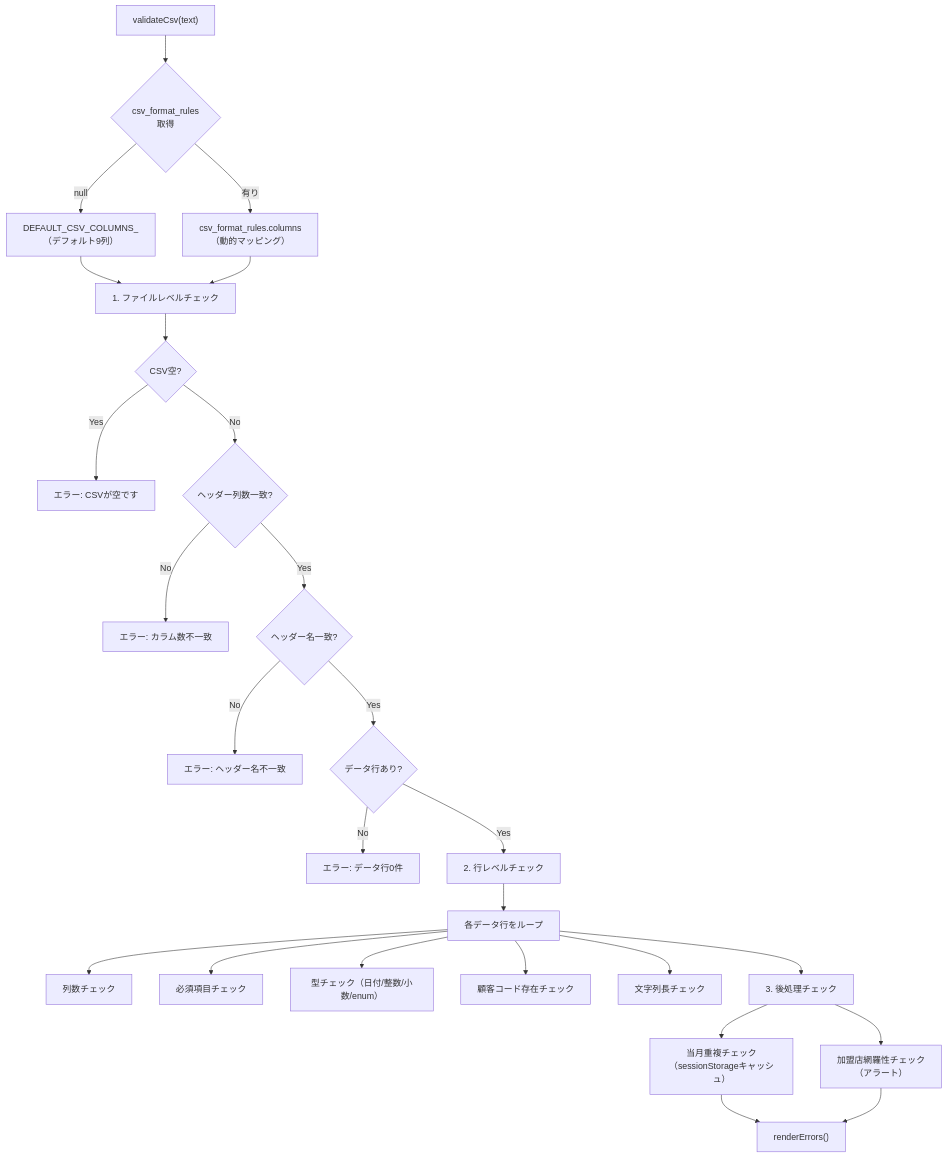
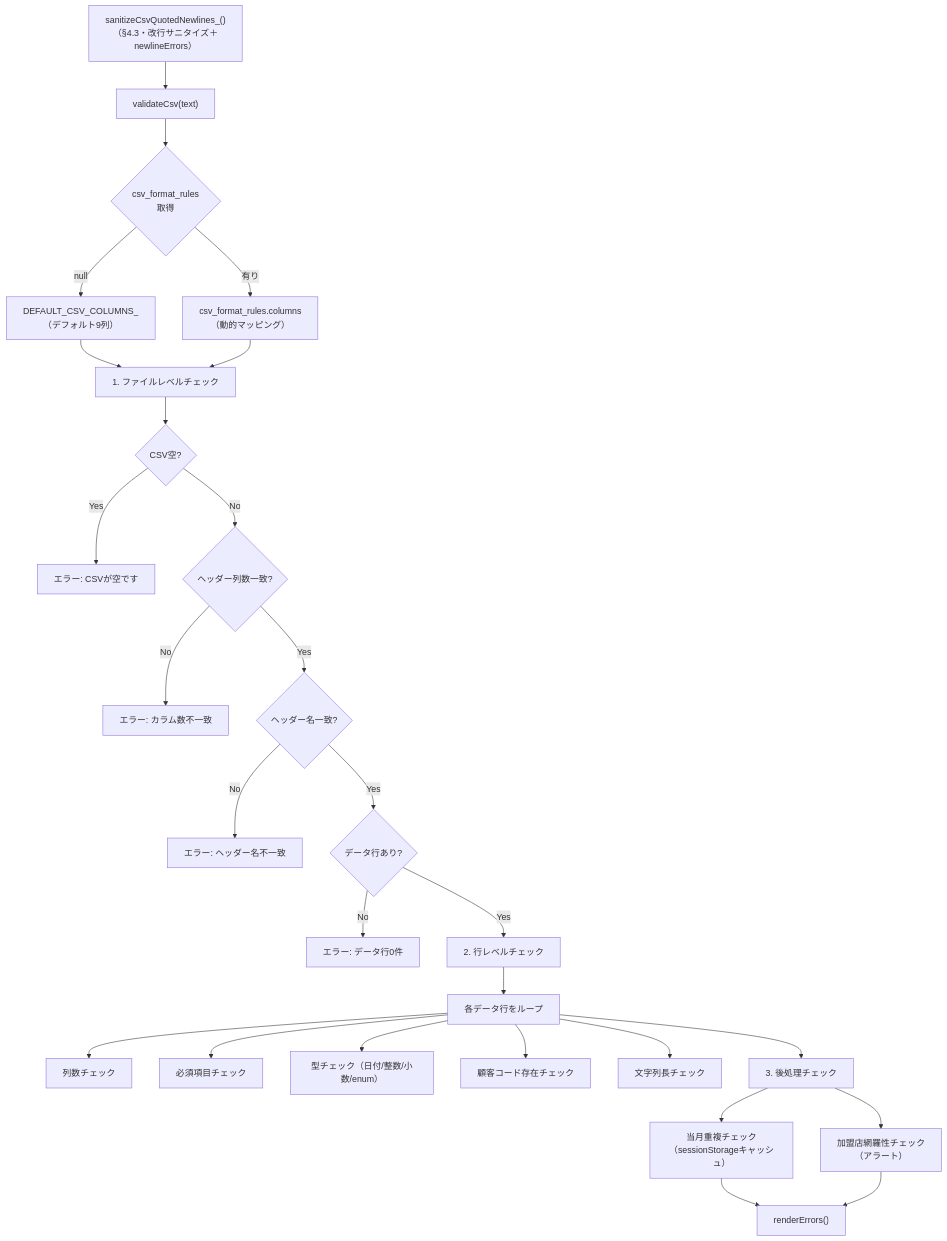
One commit to USEN-PAY-Products/connect-wholesale-gas-poc changed the fifth of 7 diagrams in docs/specifications/02_csv_upload_page.md. Above: the diagram before and after it, drawn with Mermaid. The commit also changed other lines of this file and 11 other files, not shown here.

````diff
--- a/docs/specifications/02_csv_upload_page.md
+++ b/docs/specifications/02_csv_upload_page.md
@@ -230,33 +271,34 @@
 ```mermaid
 flowchart TD
-    START["validateCsv(text)"] --> FORMAT{"csv_format_rules\n取得"}
+    SAN["sanitizeCsvQuotedNewlines_()\n（§4.3・改行サニタイズ＋newlineErrors）"] --> START["validateCsv(text)"]
+    START --> FORMAT{"csv_format_rules\n取得"}
     FORMAT -->|null| DEFAULT["DEFAULT_CSV_COLUMNS_\n（デフォルト9列）"]
     FORMAT -->|有り| CUSTOM["csv_format_rules.columns\n（動的マッピング）"]
 
     DEFAULT --> HEADER_CHECK
     CUSTOM --> HEADER_CHECK
 
     HEADER_CHECK["1. ファイルレベルチェック"] --> H1{"CSV空?"}
     H1 -->|Yes| ERR1["エラー: CSVが空です"]
     H1 -->|No| H2{"ヘッダー列数一致?"}
     H2 -->|No| ERR2["エラー: カラム数不一致"]
     H2 -->|Yes| H3{"ヘッダー名一致?"}
     H3 -->|No| ERR3["エラー: ヘッダー名不一致"]
     H3 -->|Yes| H4{"データ行あり?"}
     H4 -->|No| ERR4["エラー: データ行0件"]
     H4 -->|Yes| ROW_CHECK
 
     ROW_CHECK["2. 行レベルチェック"] --> R_LOOP["各データ行をループ"]
     R_LOOP --> R1["列数チェック"]
     R_LOOP --> R2["必須項目チェック"]
     R_LOOP --> R3["型チェック（日付/整数/小数/enum）"]
     R_LOOP --> R4["顧客コード存在チェック"]
     R_LOOP --> R5["文字列長チェック"]
 
     R_LOOP --> POST_CHECK["3. 後処理チェック"]
     POST_CHECK --> P1["当月重複チェック\n（sessionStorageキャッシュ）"]
     POST_CHECK --> P2["加盟店網羅性チェック\n（アラート）"]
 
     P1 --> RESULT["renderErrors()"]
     P2 --> RESULT
 ```
````
